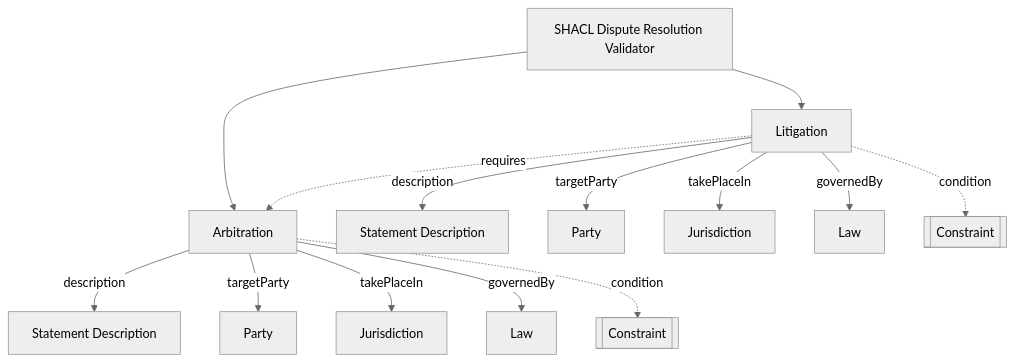
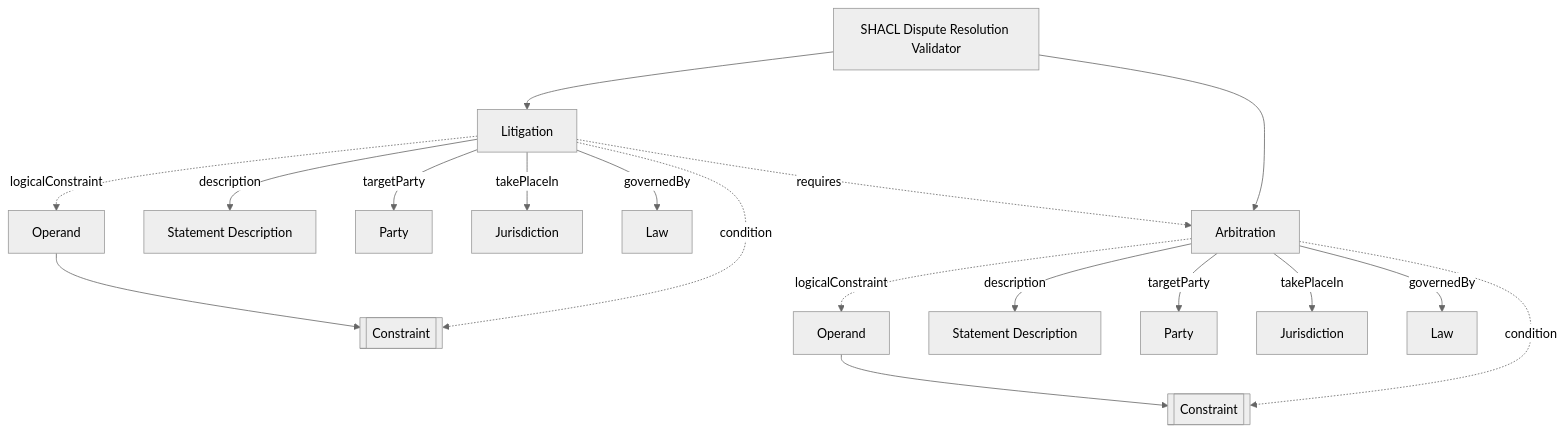
Before and after one commit to isa-group/tosl: the fifth of 7 diagrams in validator/README.md, drawn with Mermaid. The commit also changed other lines of this file and 6 other files, not shown here.

Commit message:
add logical constraint to the validator

````diff
--- a/validator/README.md
+++ b/validator/README.md
@@ -118,21 +125,27 @@
 ```mermaid 
 %%{ init: { "theme": "neutral" } }%%
 flowchart TD
 
-    A[SHACL Dispute Resolution Validator] --> B[Litigation ]
+    A[SHACL Dispute Resolution Validator] --> B[Litigation]
     A --> C[Arbitration]
     B -. requires .-> C
 
     B -- description --> G[Statement Description]
     B -- targetParty --> H[Party]
     B -- takePlaceIn --> D[Jurisdiction]
     B -- governedBy --> E[Law]
     B -. condition .-> F[[Constraint]]
+    B -. logicalConstraint .-> R[Operand]
+    R --> F
+
+
+    C -. condition .-> M[[Constraint]]
+    C -. logicalConstraint .-> P[Operand]
+    P --> M
 
     C -- description --> I[Statement Description]
     C -- targetParty --> J[Party]
     C -- takePlaceIn --> K[Jurisdiction]
     C -- governedBy --> L[Law]
-    C -. condition .-> M[[Constraint]]
-
+   
 ```
````
